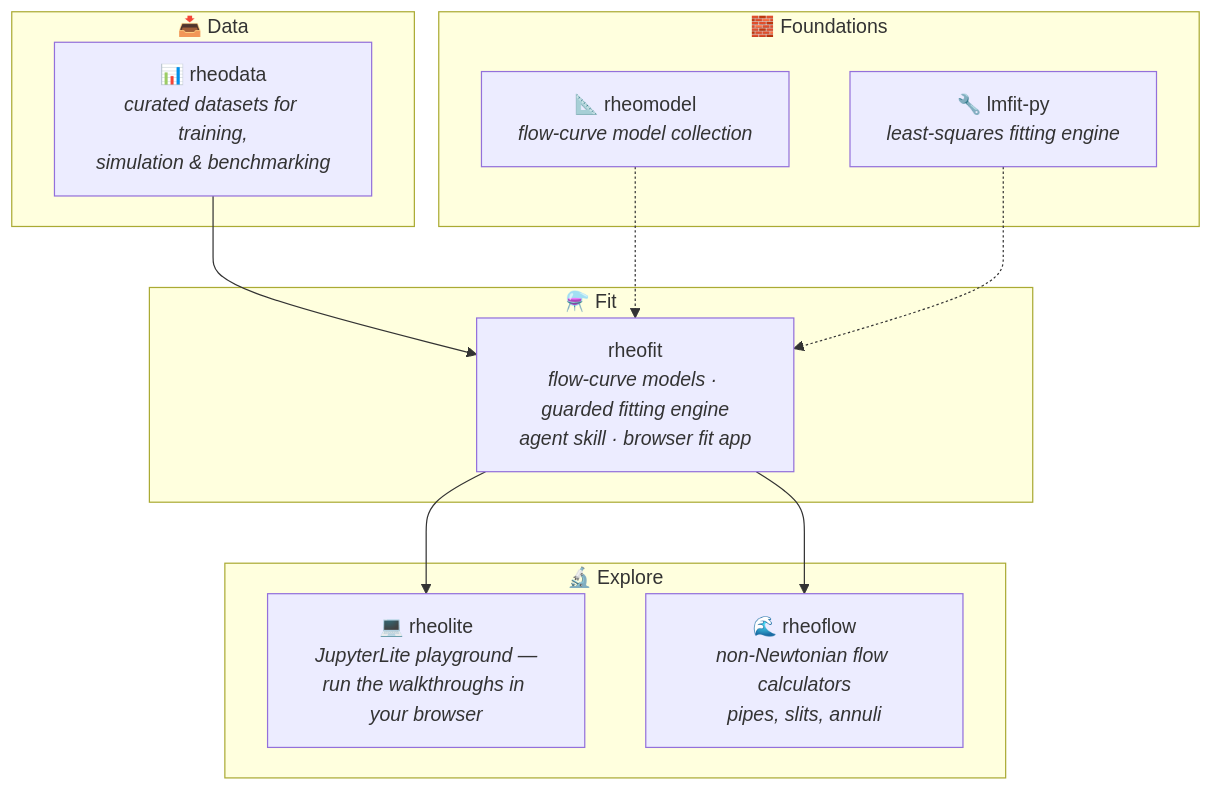
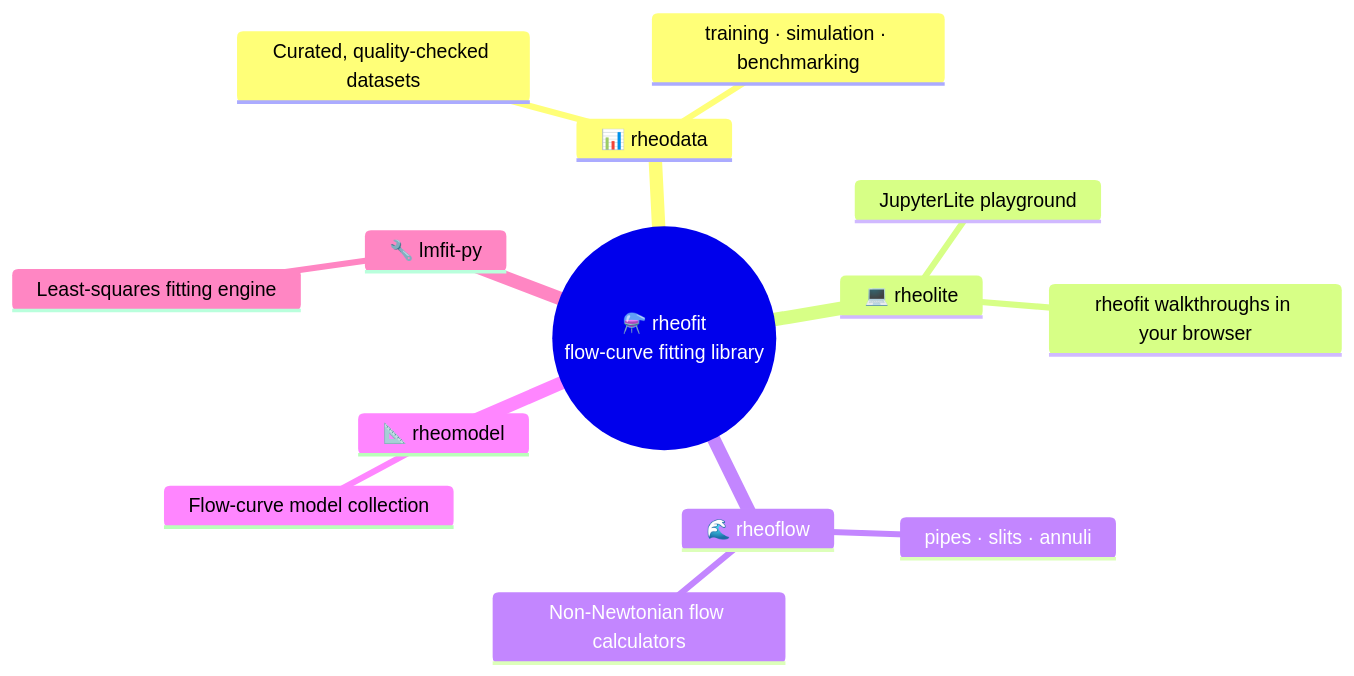
Before and after one commit to rheopy/.github: the diagram in profile/README.md, drawn with Mermaid.

Commit message:
Org profile: rheofit-centered mindmap

````diff
--- a/profile/README.md
+++ b/profile/README.md
@@ -7,23 +7,17 @@
 ```mermaid
-flowchart TD
-    subgraph data ["📥 Data"]
-        rheodata["📊 rheodata<br/><i>curated datasets for training,<br/>simulation & benchmarking</i>"]
-    end
-    subgraph fit ["⚗️ Fit"]
-        rheofit["rheofit<br/><i>flow-curve models · guarded fitting engine<br/>agent skill · browser fit app</i>"]
-    end
-    subgraph explore ["🔬 Explore"]
-        rheolite["💻 rheolite<br/><i>JupyterLite playground —<br/>run the walkthroughs in your browser</i>"]
-        rheoflow["🌊 rheoflow<br/><i>non-Newtonian flow calculators<br/>pipes, slits, annuli</i>"]
-    end
-    subgraph foundations ["🧱 Foundations"]
-        rheomodel["📐 rheomodel<br/><i>flow-curve model collection</i>"]
-        lmfit["🔧 lmfit-py<br/><i>least-squares fitting engine</i>"]
-    end
-
-    rheodata --> rheofit
-    rheofit --> rheolite
-    rheofit --> rheoflow
-    rheomodel -.-> rheofit
-    lmfit -.-> rheofit
+mindmap
+  root((⚗️ rheofit<br/>flow-curve fitting library))
+    📊 rheodata
+      Curated, quality-checked datasets
+      training · simulation · benchmarking
+    💻 rheolite
+      JupyterLite playground
+      rheofit walkthroughs in your browser
+    🌊 rheoflow
+      Non-Newtonian flow calculators
+      pipes · slits · annuli
+    📐 rheomodel
+      Flow-curve model collection
+    🔧 lmfit-py
+      Least-squares fitting engine
 ```
````
